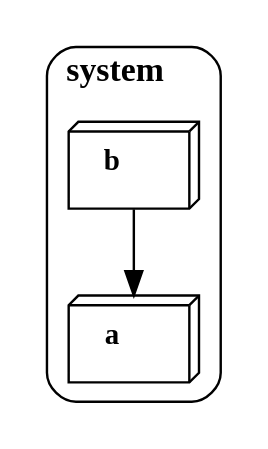
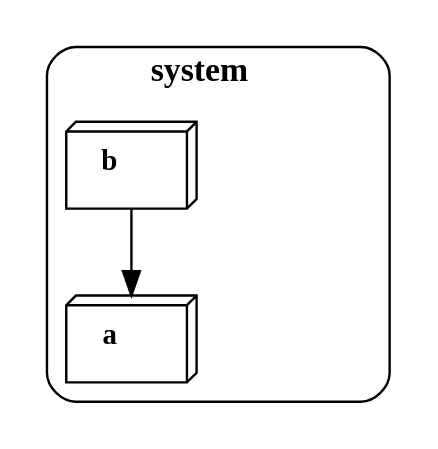
Before and after one commit to ryepup/c4-lab: the diagram in src/core/samples/edge-relative-path.dot, drawn with Graphviz. The commit also changed 5 other files, not shown here.

```diff
--- a/src/core/samples/edge-relative-path.dot
+++ b/src/core/samples/edge-relative-path.dot
@@ -1,18 +1,20 @@
 digraph g {
   compound=true
   node[fontsize=12]
   edge[fontsize=12]
 
   subgraph cluster_g1 {
     label=<<b>system</b>> style="rounded"
+
+    g1 [style="invisible"]
 
     g0 [shape="box3d" label=<
 <b>a</b>
     >]
     g2 [shape="box3d" label=<
 <b>b</b>
     >]
   }
 
   g2 -> g0 []
 }
```
